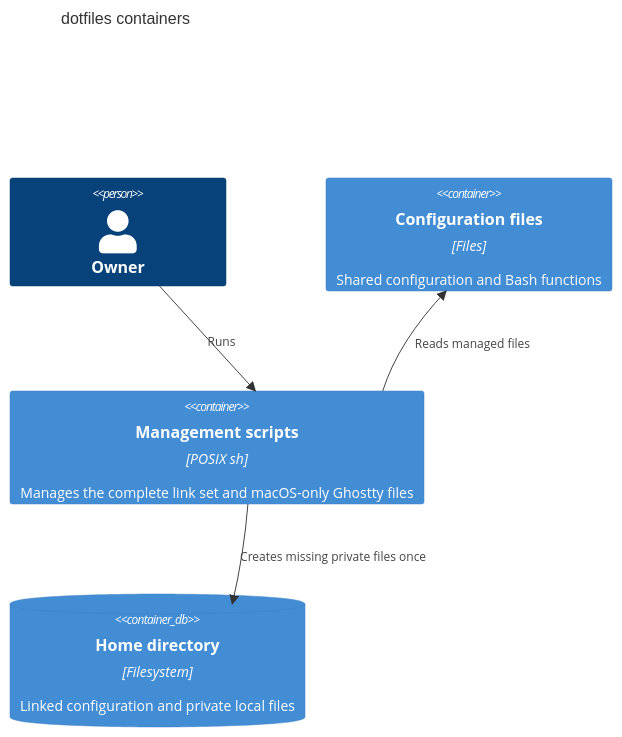
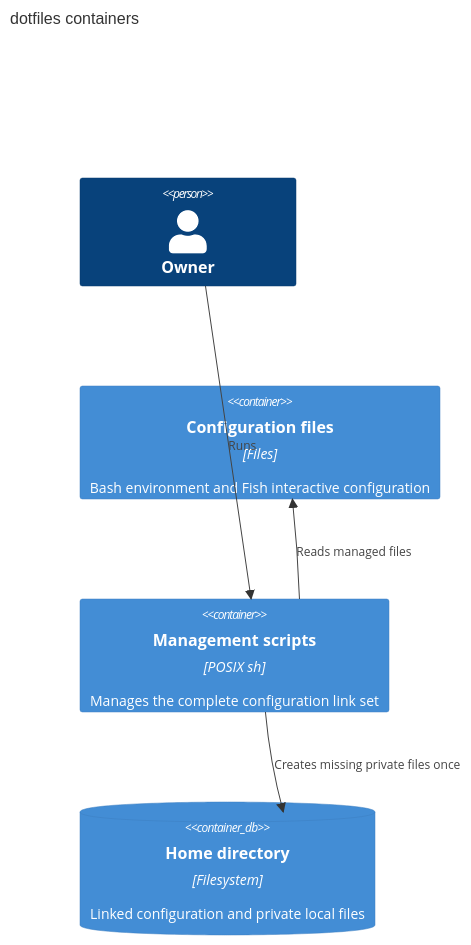
One commit to qi7876/dotfiles changed the diagram in docs/architecture/container.md. Above: the diagram before and after it, drawn with Mermaid. The commit also changed other lines of this file and 17 other files, not shown here.

````diff
--- a/docs/architecture/container.md
+++ b/docs/architecture/container.md
@@ -3,13 +3,13 @@
 ```mermaid
 C4Container
     title dotfiles containers
     Person(owner, "Owner")
-    Container(repo, "Configuration files", "Files", "Shared configuration and Bash functions")
-    Container(scripts, "Management scripts", "POSIX sh", "Manages the complete link set and macOS-only Ghostty files")
+    Container(repo, "Configuration files", "Files", "Bash environment and Fish interactive configuration")
+    Container(scripts, "Management scripts", "POSIX sh", "Manages the complete configuration link set")
     ContainerDb(home, "Home directory", "Filesystem", "Linked configuration and private local files")
 
     Rel(owner, scripts, "Runs")
     Rel(scripts, repo, "Reads managed files")
     Rel(scripts, home, "Creates directories and file links")
     Rel(scripts, home, "Creates missing private files once")
 ```
````
